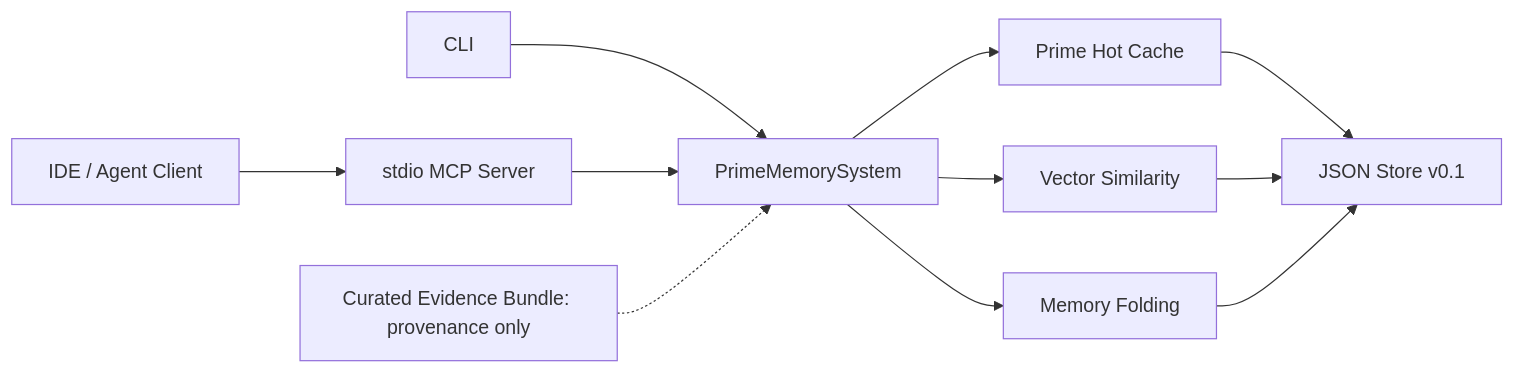
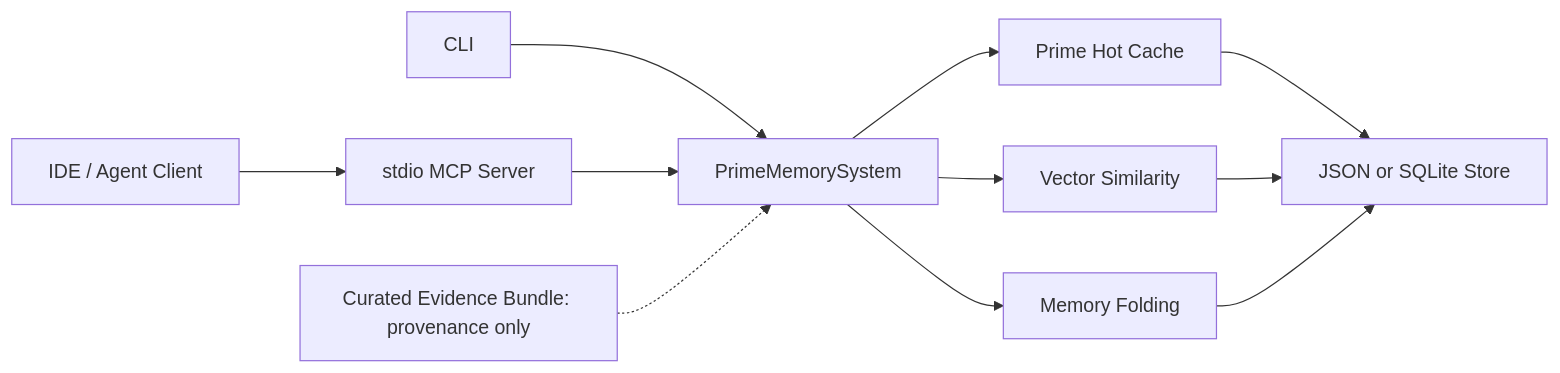
Before and after one commit to DGSmastermind/prime-memory-folding: the first of 5 diagrams in README.md, drawn with Mermaid. The commit also changed other lines of this file and 7 other files, not shown here.

First line of the commit message:
feat(persistence): optional SQLite backend (stdlib, JSON default)

````diff
--- a/README.md
+++ b/README.md
@@ -19,13 +20,13 @@
 ```mermaid
 flowchart LR
     IDE["IDE / Agent Client"] --> MCP["stdio MCP Server"]
     CLI["CLI"] --> System["PrimeMemorySystem"]
     MCP --> System
     System --> Hot["Prime Hot Cache"]
     System --> Vector["Vector Similarity"]
     System --> Folder["Memory Folding"]
-    Hot --> Store["JSON Store v0.1"]
+    Hot --> Store["JSON or SQLite Store"]
     Vector --> Store
     Folder --> Store
     Evidence["Curated Evidence Bundle: provenance only"] -.-> System
 ```
````
